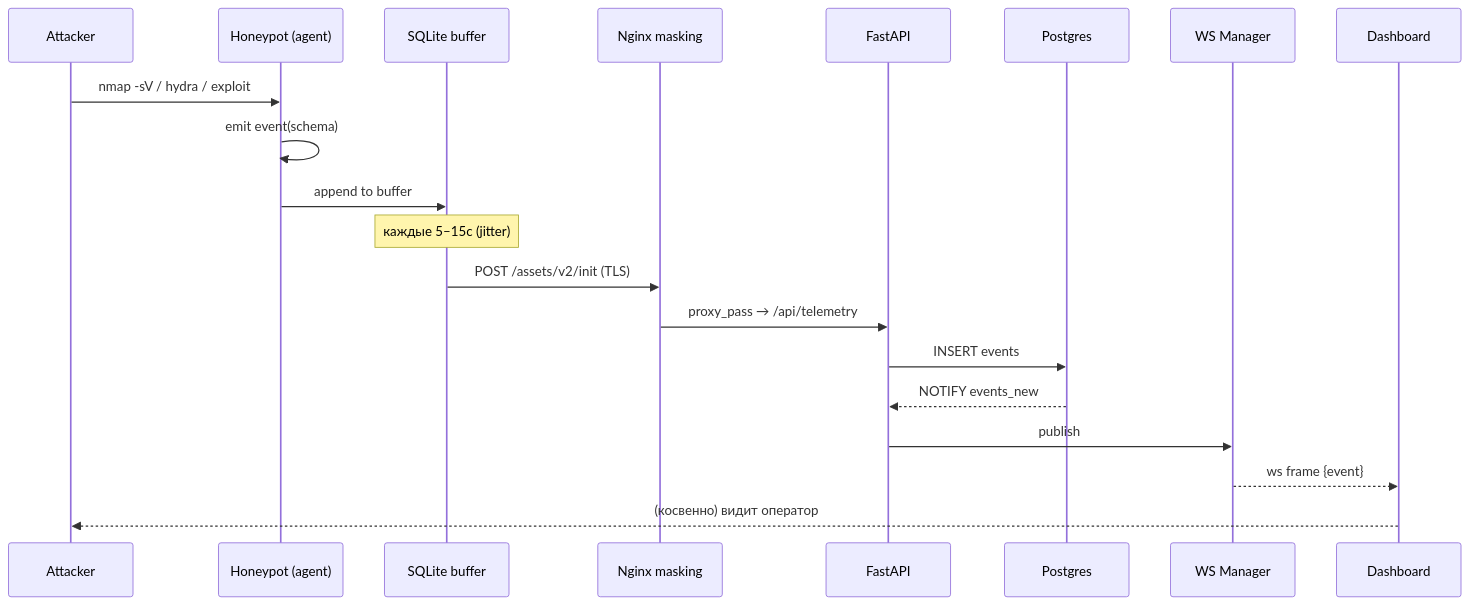
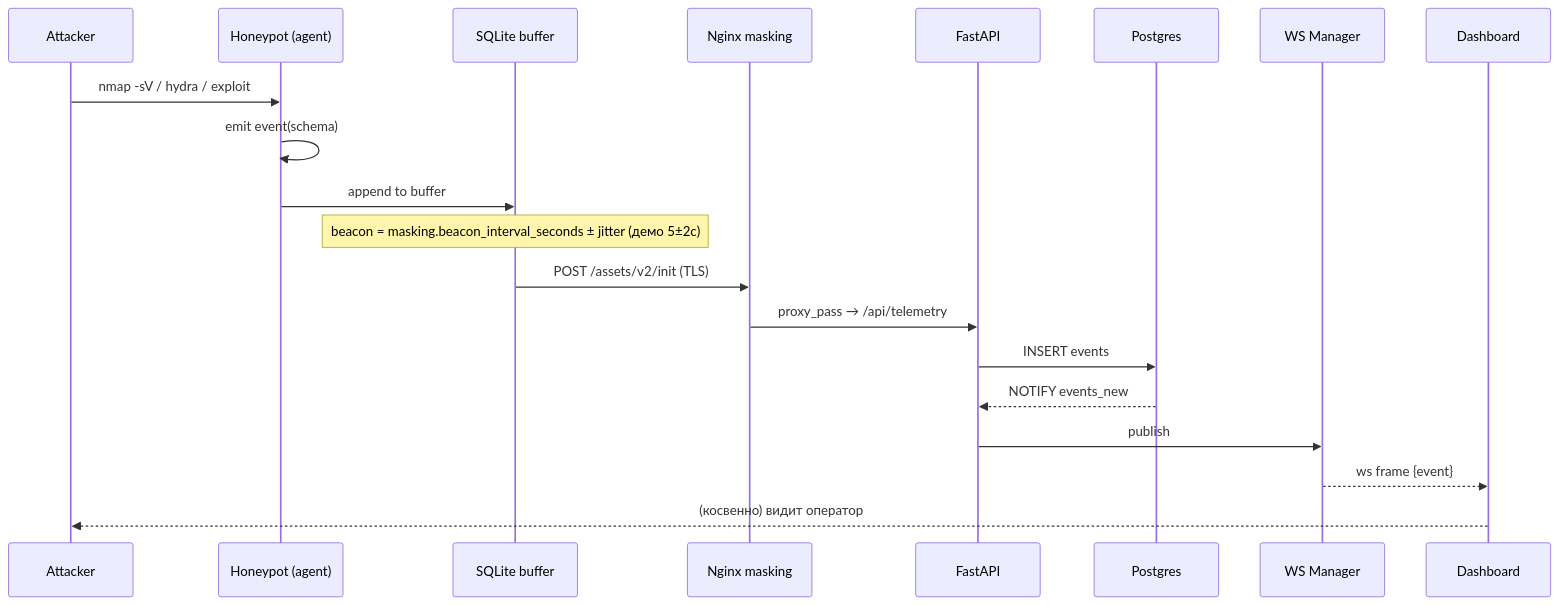
Before and after one commit to ArtiKn/HoneyForge: the diagram in docs/demo_attack.md, drawn with Mermaid. The commit also changed other lines of this file and 31 other files, not shown here.

Commit message:
Add CSV export of events, beacon settings and jitter

````diff
--- a/docs/demo_attack.md
+++ b/docs/demo_attack.md
@@ -64,23 +64,23 @@
 ```mermaid
 sequenceDiagram
     participant A as Attacker
     participant H as Honeypot (agent)
     participant B as SQLite buffer
     participant N as Nginx masking
     participant API as FastAPI
     participant DB as Postgres
     participant WS as WS Manager
     participant UI as Dashboard
 
     A->>H: nmap -sV / hydra / exploit
     H->>H: emit event(schema)
     H->>B: append to buffer
-    Note over B: каждые 5–15с (jitter)
+    Note over B: beacon = masking.beacon_interval_seconds ± jitter (демо 5±2с)
     B->>N: POST /assets/v2/init (TLS)
     N->>API: proxy_pass → /api/telemetry
     API->>DB: INSERT events
     DB-->>API: NOTIFY events_new
     API->>WS: publish
     WS-->>UI: ws frame {event}
     UI-->>A: (косвенно) видит оператор
 ```
````
